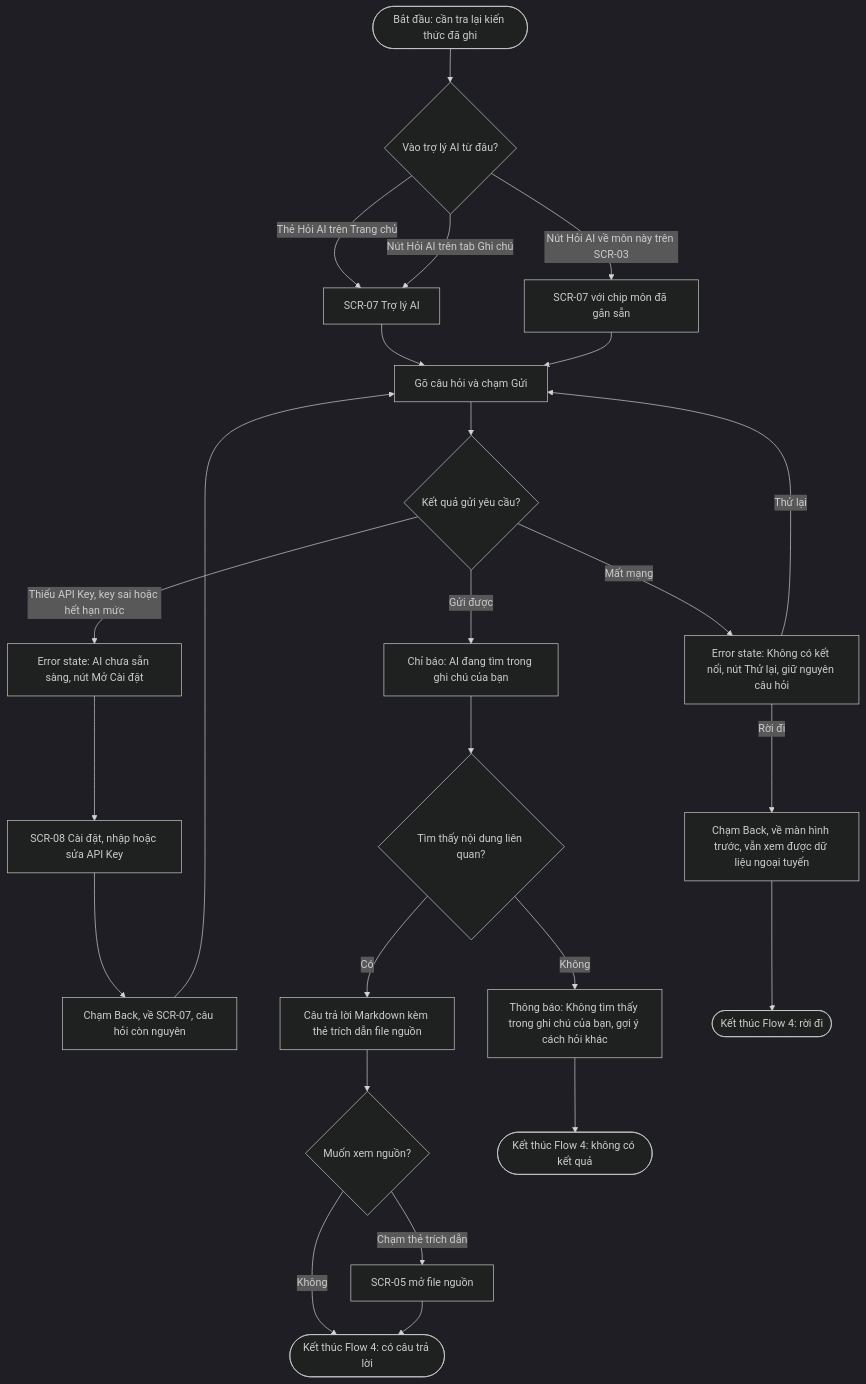
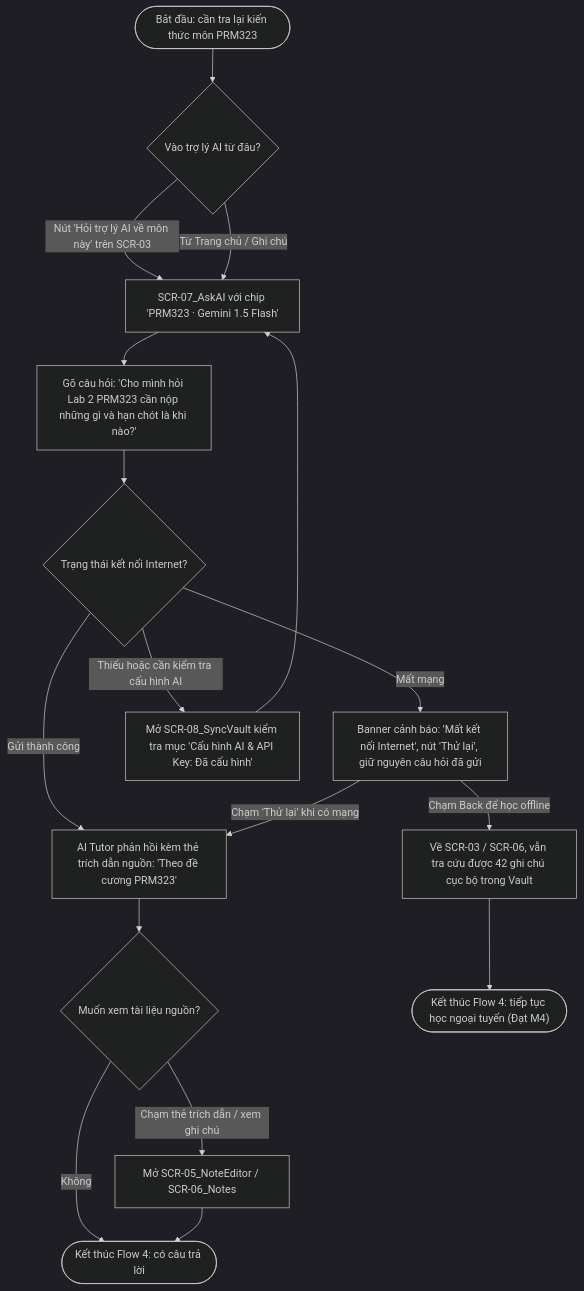
Before and after one commit to quanglong68/prm323-lab2-gr6: the fourth of 4 diagrams in user-flow.md, drawn with Mermaid (dark theme). The commit also changed other lines of this file, not shown here.

````diff
--- a/user-flow.md
+++ b/user-flow.md
@@ -215,27 +207,19 @@
 ```mermaid
 flowchart TD
-    Start(["Bắt đầu: cần tra lại kiến thức đã ghi"]) --> Entry{"Vào trợ lý AI từ đâu?"}
-    Entry -->|Thẻ Hỏi AI trên Trang chủ| Chat["SCR-07 Trợ lý AI"]
-    Entry -->|Nút Hỏi AI trên tab Ghi chú| Chat
-    Entry -->|Nút Hỏi AI về môn này trên SCR-03| ChatCtx["SCR-07 với chip môn đã gắn sẵn"]
-    Chat --> Ask["Gõ câu hỏi và chạm Gửi"]
-    ChatCtx --> Ask
-    Ask --> Result{"Kết quả gửi yêu cầu?"}
-    Result -->|Mất mạng| ErrNet["Error state: Không có kết nối, nút Thử lại, giữ nguyên câu hỏi"]
-    Result -->|Thiếu API Key, key sai hoặc hết hạn mức| ErrKey["Error state: AI chưa sẵn sàng, nút Mở Cài đặt"]
-    Result -->|Gửi được| Loading["Chỉ báo: AI đang tìm trong ghi chú của bạn"]
-    ErrNet -->|Thử lại| Ask
-    ErrNet -->|Rời đi| Leave["Chạm Back, về màn hình trước, vẫn xem được dữ liệu ngoại tuyến"]
-    ErrKey --> Settings["SCR-08 Cài đặt, nhập hoặc sửa API Key"]
-    Settings --> BackChat["Chạm Back, về SCR-07, câu hỏi còn nguyên"]
-    BackChat --> Ask
-    Loading --> Found{"Tìm thấy nội dung liên quan?"}
-    Found -->|Có| Answer["Câu trả lời Markdown kèm thẻ trích dẫn file nguồn"]
-    Found -->|Không| NoResult["Thông báo: Không tìm thấy trong ghi chú của bạn, gợi ý cách hỏi khác"]
-    Answer --> Cite{"Muốn xem nguồn?"}
-    Cite -->|Chạm thẻ trích dẫn| OpenSrc["SCR-05 mở file nguồn"]
+    Start(["Bắt đầu: cần tra lại kiến thức môn PRM323"]) --> Entry{"Vào trợ lý AI từ đâu?"}
+    Entry -->|Nút 'Hỏi trợ lý AI về môn này' trên SCR-03| ChatCtx["SCR-07_AskAI với chip 'PRM323 · Gemini 1.5 Flash'"]
+    Entry -->|Từ Trang chủ / Ghi chú| ChatCtx
+    ChatCtx --> Ask["Gõ câu hỏi: 'Cho mình hỏi Lab 2 PRM323 cần nộp những gì và hạn chót là khi nào?'"]
+    Ask --> Result{"Trạng thái kết nối Internet?"}
+    Result -->|Mất mạng| ErrNet["Banner cảnh báo: 'Mất kết nối Internet', nút 'Thử lại', giữ nguyên câu hỏi đã gửi"]
+    Result -->|Thiếu hoặc cần kiểm tra cấu hình AI| Settings["Mở SCR-08_SyncVault kiểm tra mục 'Cấu hình AI & API Key: Đã cấu hình'"]
+    Result -->|Gửi thành công| Answer["AI Tutor phản hồi kèm thẻ trích dẫn nguồn: 'Theo đề cương PRM323'"]
+    ErrNet -->|Chạm 'Thử lại' khi có mạng| Answer
+    ErrNet -->|Chạm Back để học offline| Leave["Về SCR-03 / SCR-06, vẫn tra cứu được 42 ghi chú cục bộ trong Vault"]
+    Settings --> ChatCtx
+    Answer --> Cite{"Muốn xem tài liệu nguồn?"}
+    Cite -->|Chạm thẻ trích dẫn / xem ghi chú| OpenSrc["Mở SCR-05_NoteEditor / SCR-06_Notes"]
     Cite -->|Không| EndOk(["Kết thúc Flow 4: có câu trả lời"])
     OpenSrc --> EndOk
-    NoResult --> EndNo(["Kết thúc Flow 4: không có kết quả"])
-    Leave --> EndLeave(["Kết thúc Flow 4: rời đi"])
+    Leave --> EndLeave(["Kết thúc Flow 4: tiếp tục học ngoại tuyến (Đạt M4)"])
 ```
````
